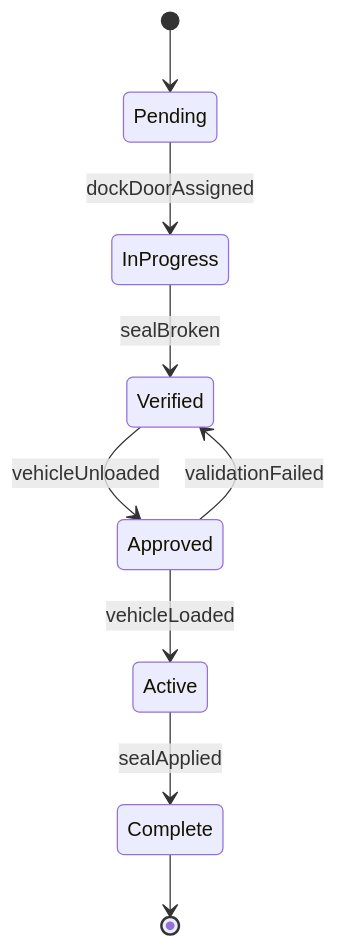
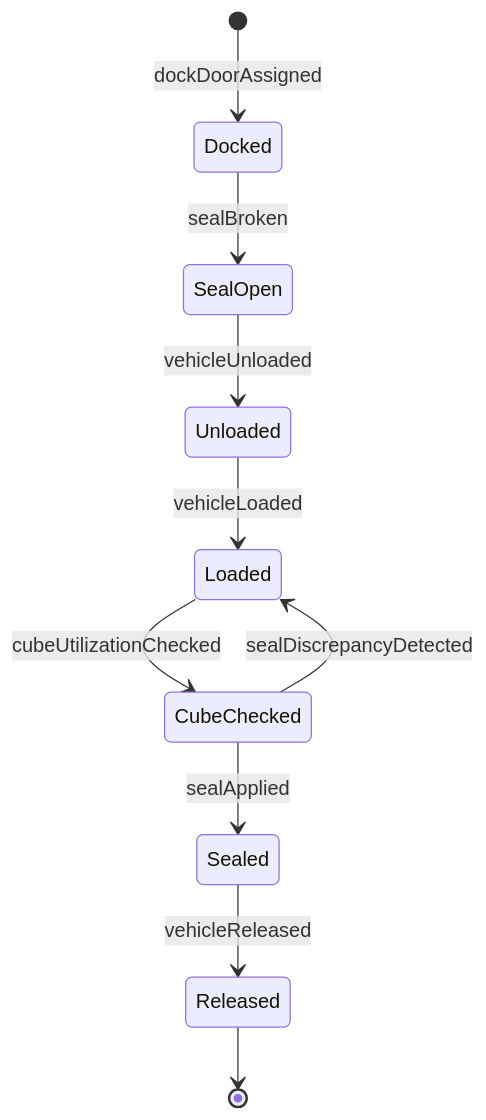
The second of 4 diagrams in HandlingAndMovingObjects/HandleBaggageOrCargo/LoadUnloadVehiclesContainers.mdx (dot-org-ai/tasks.org.ai), drawn with Mermaid before and after one commit. The commit also changed other lines of this file and 515 other files, not shown here.

````diff
--- a/HandlingAndMovingObjects/HandleBaggageOrCargo/LoadUnloadVehiclesContainers.mdx
+++ b/HandlingAndMovingObjects/HandleBaggageOrCargo/LoadUnloadVehiclesContainers.mdx
@@ -100,11 +101,12 @@
 ```mermaid
 stateDiagram-v2
-    [*] --> Pending
-    Pending --> InProgress : dockDoorAssigned
-    InProgress --> Verified : sealBroken
-    Verified --> Approved : vehicleUnloaded
-    Approved --> Active : vehicleLoaded
-    Active --> Complete : sealApplied
-    Approved --> Verified : validationFailed
-    Complete --> [*]
+    [*] --> Docked : dockDoorAssigned
+    Docked --> SealOpen : sealBroken
+    SealOpen --> Unloaded : vehicleUnloaded
+    Unloaded --> Loaded : vehicleLoaded
+    Loaded --> CubeChecked : cubeUtilizationChecked
+    CubeChecked --> Sealed : sealApplied
+    Sealed --> Released : vehicleReleased
+    CubeChecked --> Loaded : sealDiscrepancyDetected
+    Released --> [*]
 ```
````
